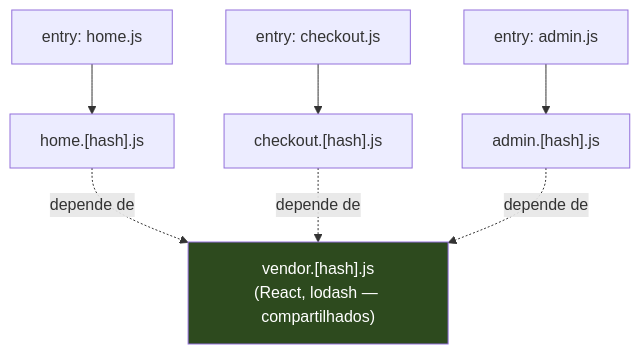
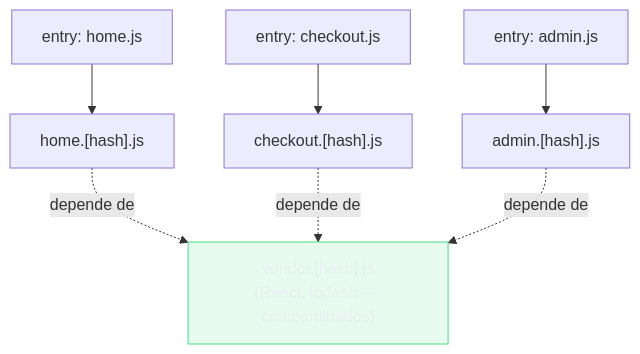
One commit to josenaldo/codex-technomanticus changed the second of 10 diagrams in 03-Dominios/Tecnologia/Tooling e Build/11 - webpack - o veterano.md. Above: the diagram before and after it, drawn with Mermaid. The commit also changed other lines of this file and 1181 other files, not shown here.

First line of the commit message:
fix(diagramas): paleta do sistema no lugar de cor cravada no markdown

````diff
--- a/03-Dominios/Tecnologia/Tooling e Build/11 - webpack - o veterano.md
+++ b/03-Dominios/Tecnologia/Tooling e Build/11 - webpack - o veterano.md
@@ -118,21 +122,22 @@
 ```mermaid
 graph TD
+    classDef ok fill:#4ADE8021,stroke:#4ADE80,color:#E9ECF2
     HOME_E["entry: home.js"]
     CHECK_E["entry: checkout.js"]
     ADMIN_E["entry: admin.js"]
 
     HOME_C["home.[hash].js"]
     CHECK_C["checkout.[hash].js"]
     ADMIN_C["admin.[hash].js"]
     VENDOR_C["vendor.[hash].js\n(React, lodash — compartilhados)"]
 
     HOME_E --> HOME_C
     CHECK_E --> CHECK_C
     ADMIN_E --> ADMIN_C
 
     HOME_C -.->|"depende de"| VENDOR_C
     CHECK_C -.->|"depende de"| VENDOR_C
     ADMIN_C -.->|"depende de"| VENDOR_C
 
-    style VENDOR_C fill:#2d4a1e,color:#fff
+    class VENDOR_C ok
 ```
````
